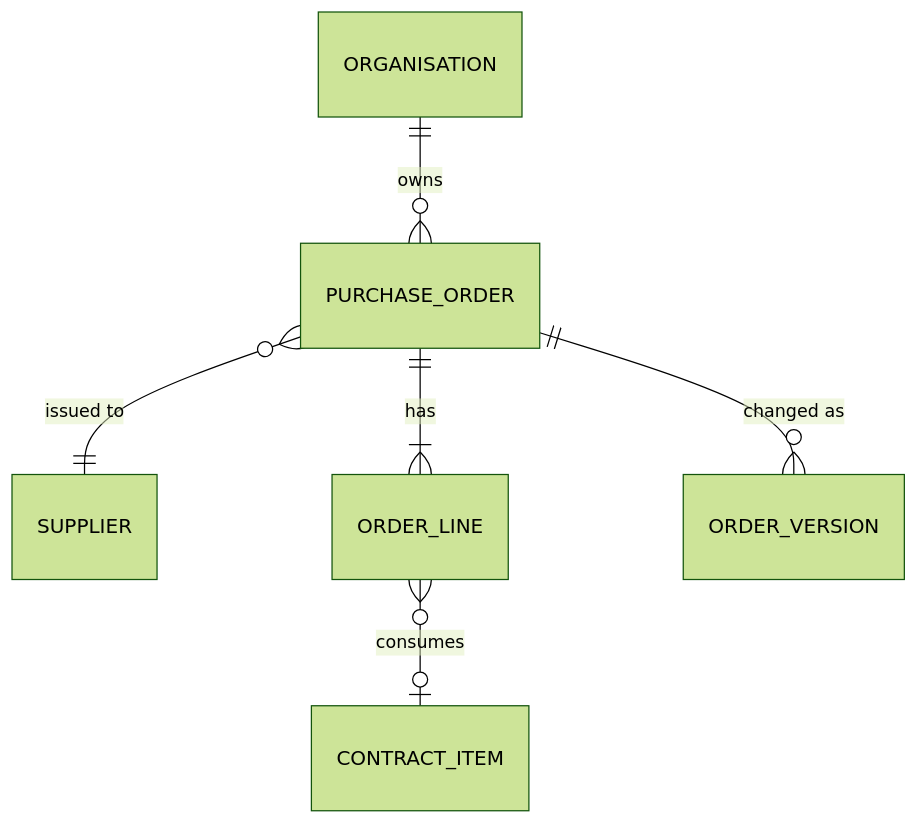
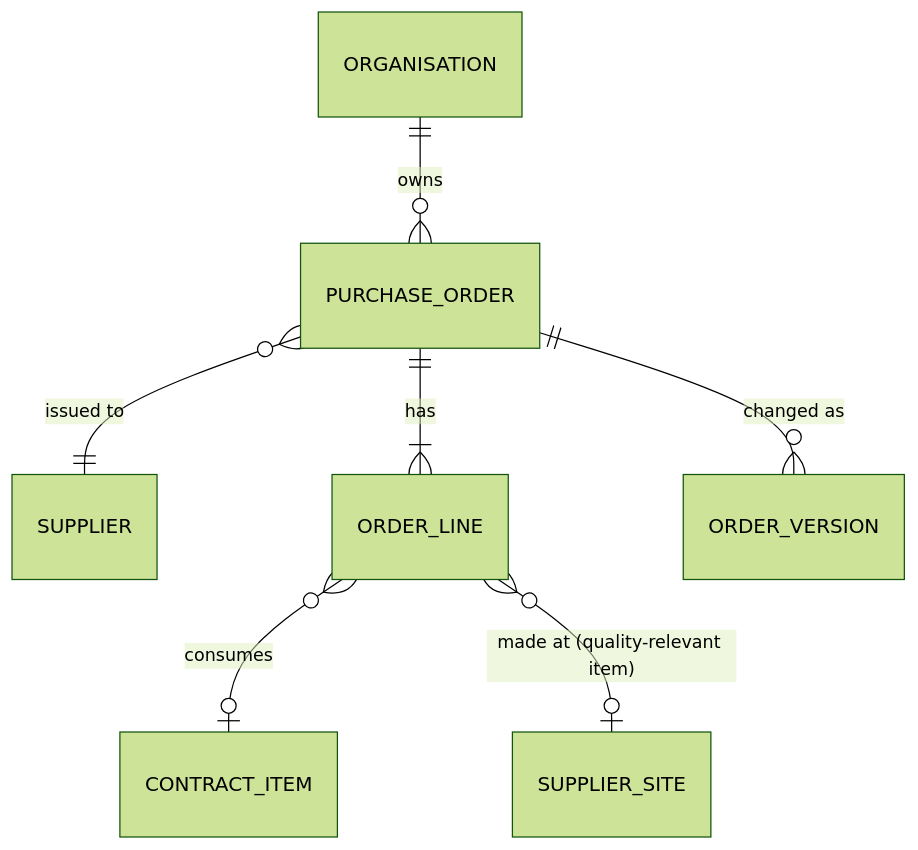
One commit to rkravuri/ironsaas changed the first of 2 diagrams in docs/prd/suites/procurement/orders-PRD.md. Above: the diagram before and after it, drawn with Mermaid (forest theme). The commit also changed other lines of this file and 16 other files, not shown here.

````diff
--- a/docs/prd/suites/procurement/orders-PRD.md
+++ b/docs/prd/suites/procurement/orders-PRD.md
@@ -57,8 +57,9 @@
 ```mermaid
 erDiagram
   ORGANISATION ||--o{ PURCHASE_ORDER : owns
   PURCHASE_ORDER }o--|| SUPPLIER : "issued to"
   PURCHASE_ORDER ||--|{ ORDER_LINE : has
   PURCHASE_ORDER ||--o{ ORDER_VERSION : "changed as"
   ORDER_LINE }o--o| CONTRACT_ITEM : "consumes"
+  ORDER_LINE }o--o| SUPPLIER_SITE : "made at (quality-relevant item)"
 ```
````
